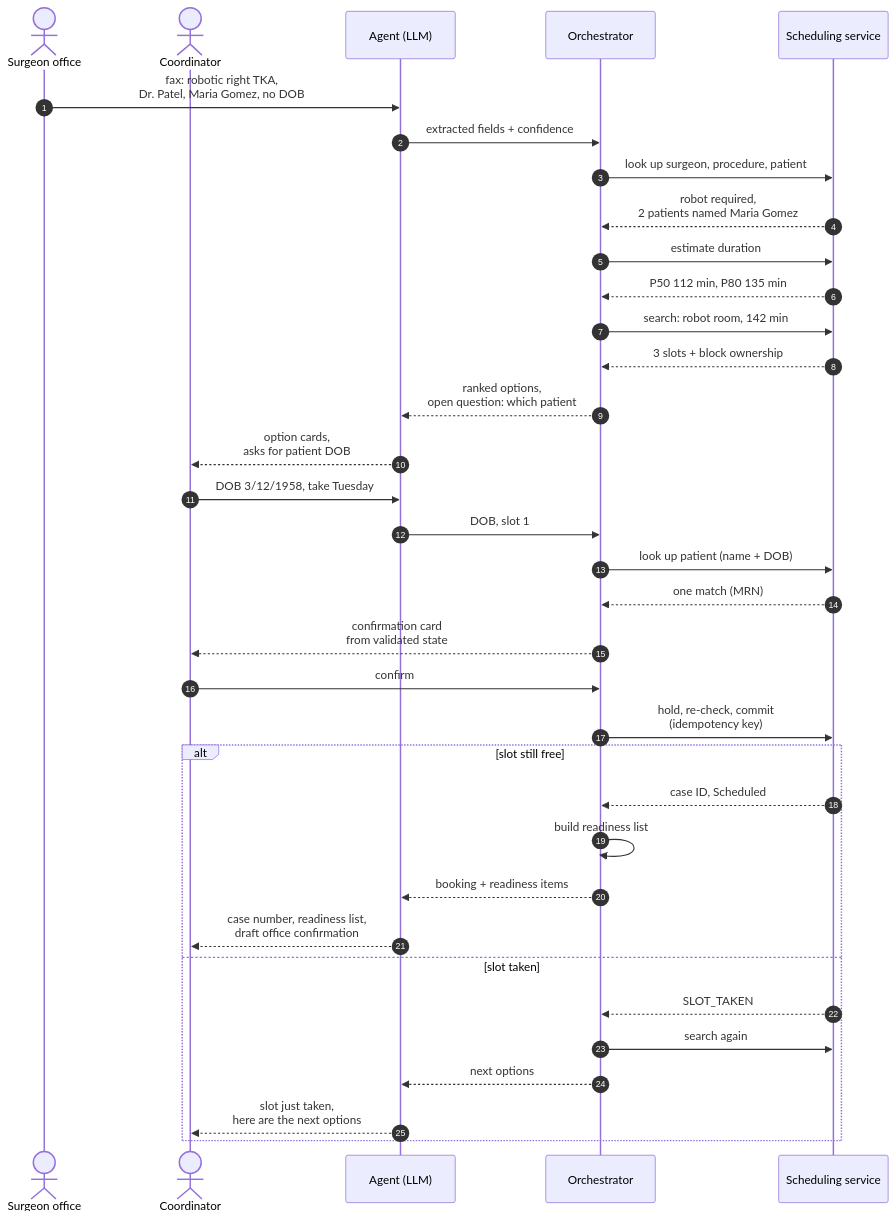
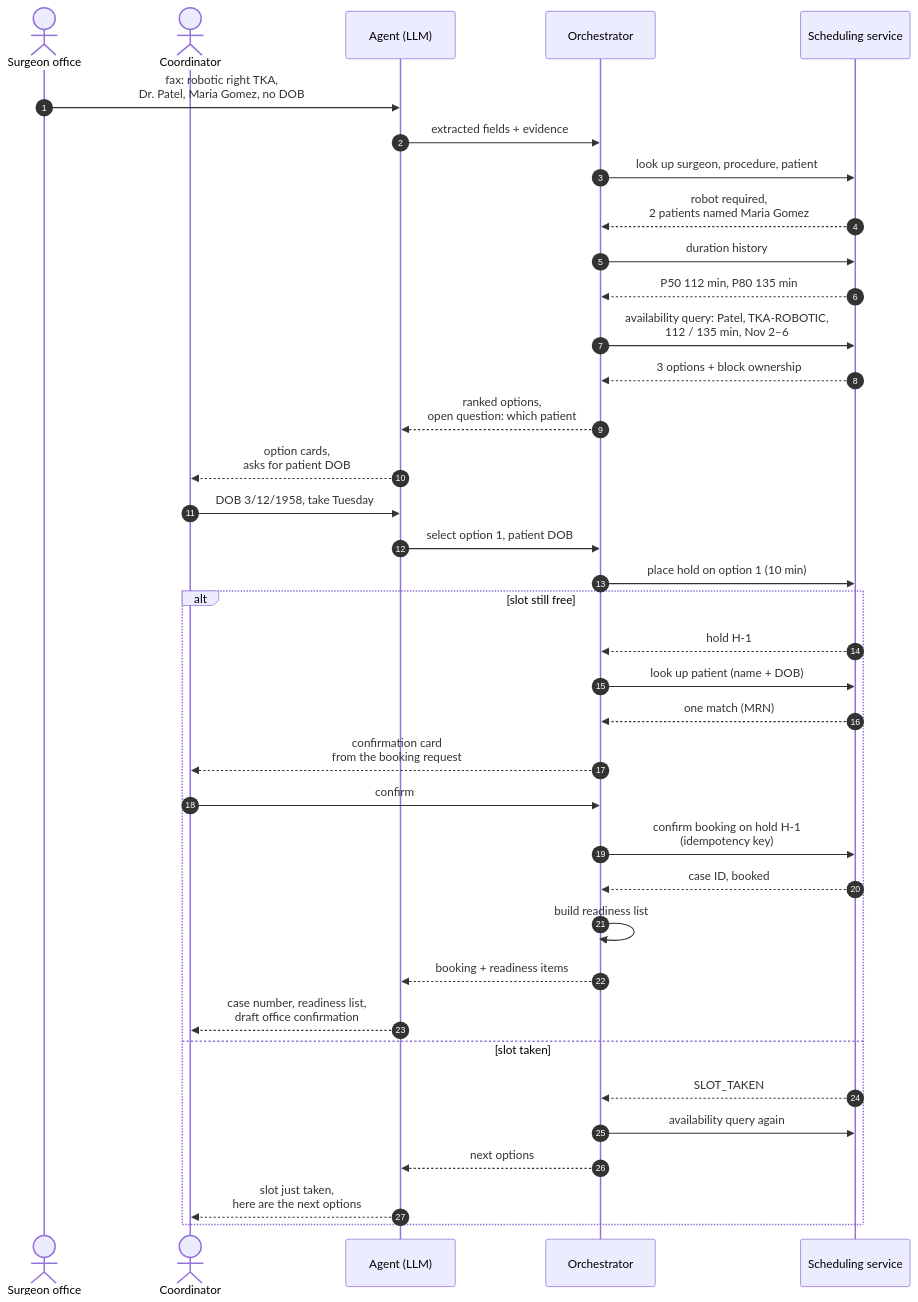
The fourth of 5 diagrams in docs/diagrams/booking_flow.md (ajmartin94/qventus_takehome), drawn with Mermaid before and after one commit. The commit also changed other lines of this file and 1 other file, not shown here.

First line of the commit message:
Split booking flow around a hold; detail domain and orchestrator plan

````diff
--- a/docs/diagrams/booking_flow.md
+++ b/docs/diagrams/booking_flow.md
@@ -182,37 +202,39 @@
 ```mermaid
 sequenceDiagram
     autonumber
     actor F as Surgeon office
     actor C as Coordinator
     participant A as Agent (LLM)
     participant O as Orchestrator
     participant S as Scheduling service
     F->>A: fax: robotic right TKA,<br/>Dr. Patel, Maria Gomez, no DOB
-    A->>O: extracted fields + confidence
+    A->>O: extracted fields + evidence
     O->>S: look up surgeon, procedure, patient
     S-->>O: robot required,<br/>2 patients named Maria Gomez
-    O->>S: estimate duration
+    O->>S: duration history
     S-->>O: P50 112 min, P80 135 min
-    O->>S: search: robot room, 142 min
-    S-->>O: 3 slots + block ownership
+    O->>S: availability query: Patel, TKA-ROBOTIC,<br/>112 / 135 min, Nov 2–6
+    S-->>O: 3 options + block ownership
     O-->>A: ranked options,<br/>open question: which patient
     A-->>C: option cards,<br/>asks for patient DOB
     C->>A: DOB 3/12/1958, take Tuesday
-    A->>O: DOB, slot 1
-    O->>S: look up patient (name + DOB)
-    S-->>O: one match (MRN)
-    O-->>C: confirmation card<br/>from validated state
-    C->>O: confirm
-    O->>S: hold, re-check, commit<br/>(idempotency key)
+    A->>O: select option 1, patient DOB
+    O->>S: place hold on option 1 (10 min)
     alt slot still free
-        S-->>O: case ID, Scheduled
+        S-->>O: hold H-1
+        O->>S: look up patient (name + DOB)
+        S-->>O: one match (MRN)
+        O-->>C: confirmation card<br/>from the booking request
+        C->>O: confirm
+        O->>S: confirm booking on hold H-1<br/>(idempotency key)
+        S-->>O: case ID, booked
         O->>O: build readiness list
         O-->>A: booking + readiness items
         A-->>C: case number, readiness list,<br/>draft office confirmation
     else slot taken
         S-->>O: SLOT_TAKEN
-        O->>S: search again
+        O->>S: availability query again
         O-->>A: next options
         A-->>C: slot just taken,<br/>here are the next options
     end
 ```
````
